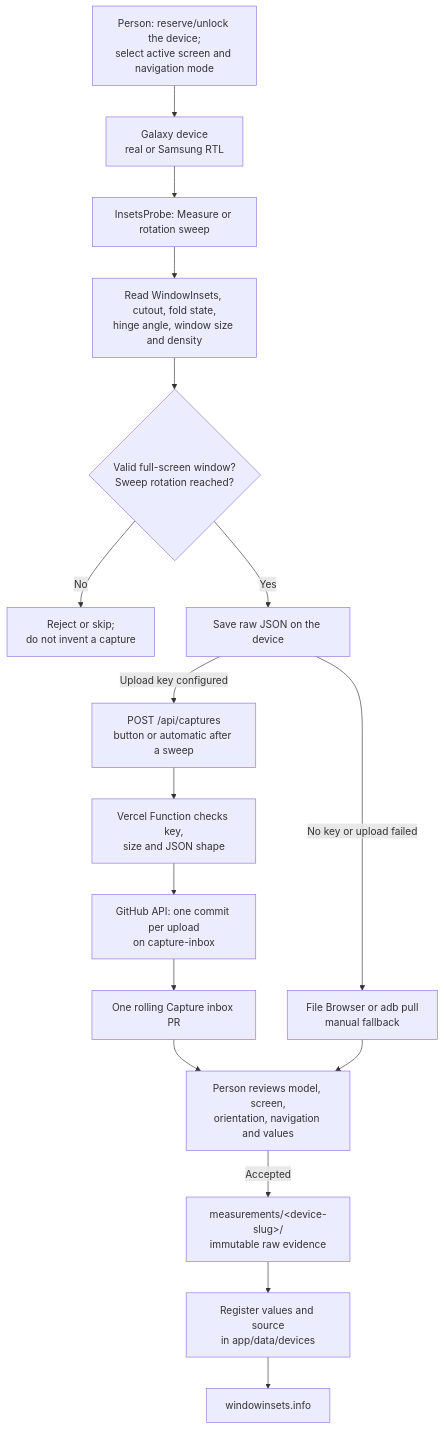
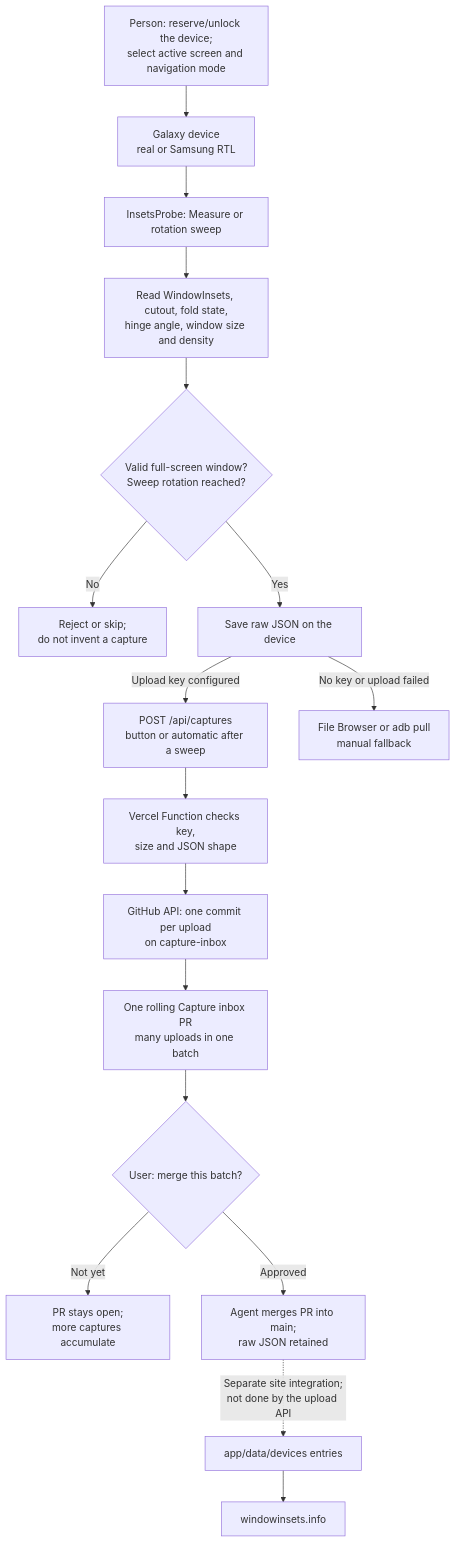
The diagram in README.md (easyhooon/windowinsets.info), drawn with Mermaid before and after one commit. The commit also changed other lines of this file and 4 other files, not shown here.

First line of the commit message:
docs(upload): clarify batch merge decision

````diff
--- a/README.md
+++ b/README.md
@@ -35,19 +35,19 @@
 ```mermaid
 flowchart TD
     A["Person: reserve/unlock the device;<br/>select active screen and navigation mode"] --> B["Galaxy device<br/>real or Samsung RTL"]
     B --> C["InsetsProbe: Measure or rotation sweep"]
     C --> D["Read WindowInsets, cutout, fold state,<br/>hinge angle, window size and density"]
     D --> E{"Valid full-screen window?<br/>Sweep rotation reached?"}
     E -- "No" --> F["Reject or skip;<br/>do not invent a capture"]
     E -- "Yes" --> G["Save raw JSON on the device"]
     G -- "Upload key configured" --> H["POST /api/captures<br/>button or automatic after a sweep"]
     G -- "No key or upload failed" --> I["File Browser or adb pull<br/>manual fallback"]
     H --> J["Vercel Function checks key,<br/>size and JSON shape"]
     J --> K["GitHub API: one commit per upload<br/>on capture-inbox"]
-    K --> L["One rolling Capture inbox PR"]
-    L --> M["Person reviews model, screen,<br/>orientation, navigation and values"]
-    I --> M
-    M -- "Accepted" --> N["measurements/&lt;device-slug&gt;/<br/>immutable raw evidence"]
-    N --> O["Register values and source<br/>in app/data/devices"]
-    O --> P["windowinsets.info"]
+    K --> L["One rolling Capture inbox PR<br/>many uploads in one batch"]
+    L --> M{"User: merge this batch?"}
+    M -- "Not yet" --> N["PR stays open;<br/>more captures accumulate"]
+    M -- "Approved" --> O["Agent merges PR into main;<br/>raw JSON retained"]
+    O -. "Separate site integration;<br/>not done by the upload API" .-> Q["app/data/devices entries"]
+    Q --> P["windowinsets.info"]
 ```
````
